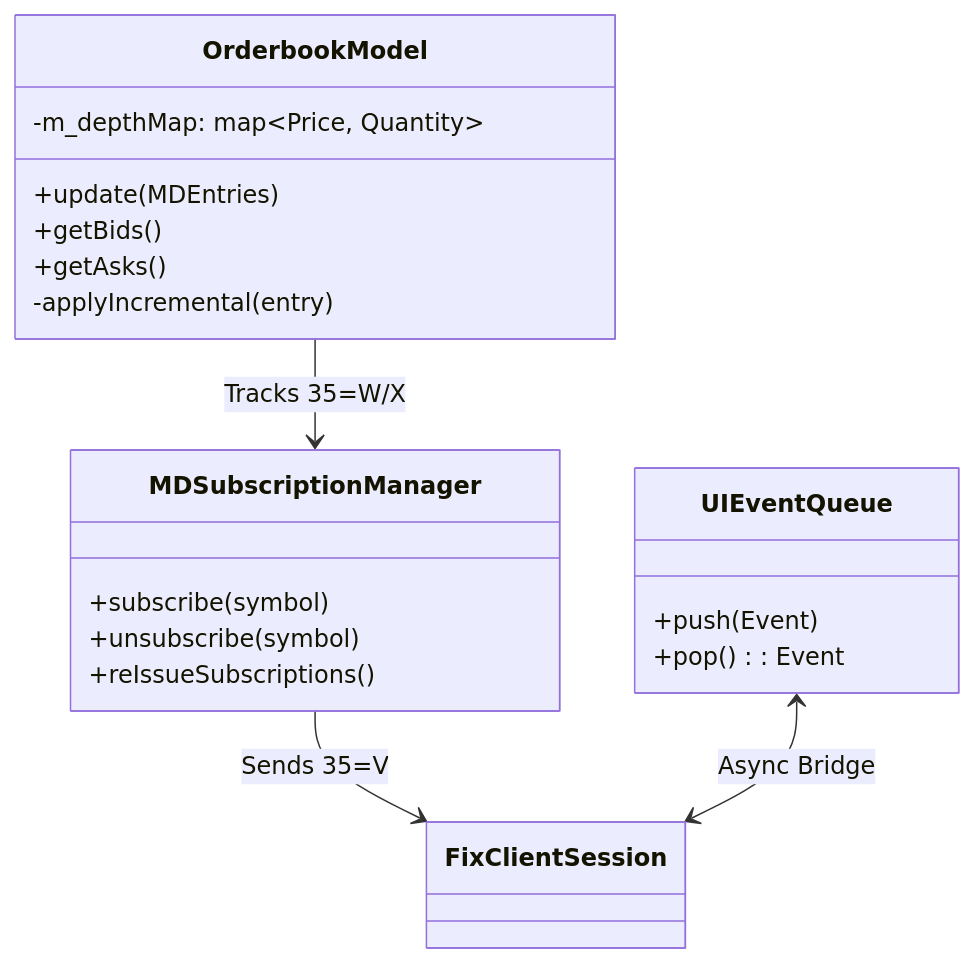
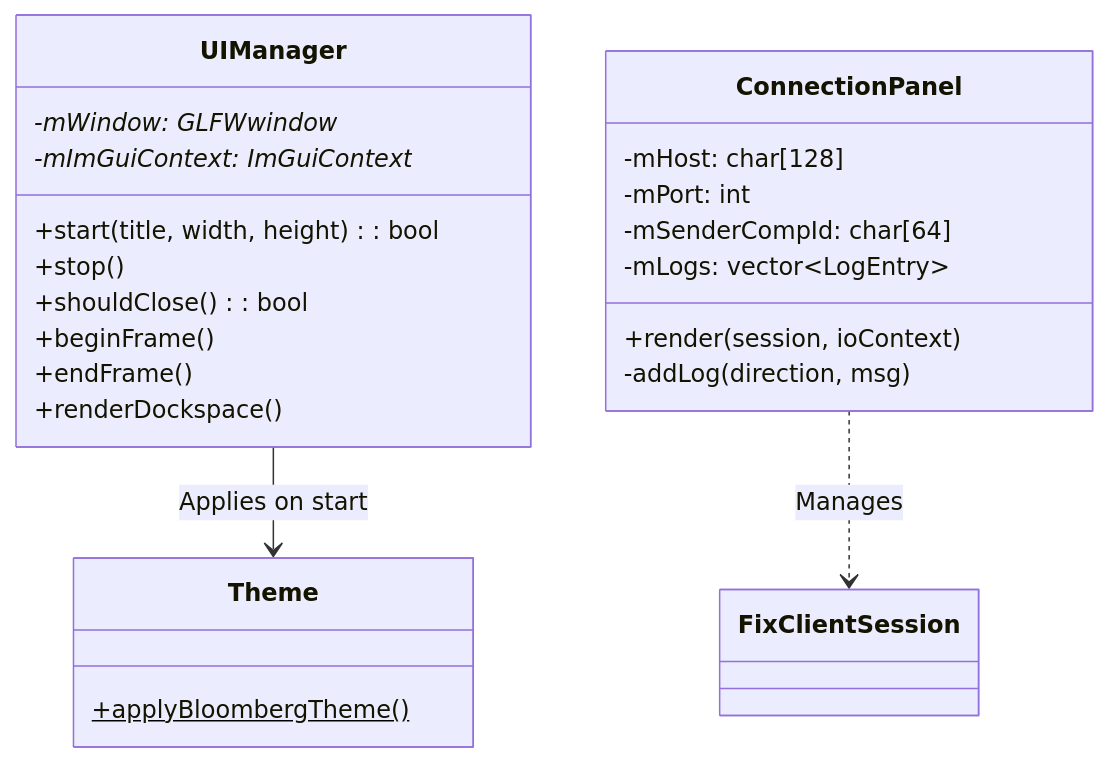
One commit to SujalChoudhari/BetaTrader changed the diagram in client/client_ui/README.md. Above: the diagram before and after it, drawn with Mermaid. The commit also changed other lines of this file and 6 other files, not shown here.

Commit message:
docs: update system documentation and architecture diagrams to reflect recent module refactoring

````diff
--- a/client/client_ui/README.md
+++ b/client/client_ui/README.md
@@ -7,26 +7,30 @@
 ```mermaid
 classDiagram
     classDef ui fill:#2b303a,stroke:#4caf50,stroke-width:2px,color:white;
     classDef net fill:#1f2833,stroke:#66fcf1,stroke-width:2px,color:white;
     classDef logic fill:#0b0c10,stroke:#c5c6c7,stroke-width:2px,color:white;
 
-    class OrderbookModel:::logic {
-        +update(MDEntries)
-        +getBids()
-        +getAsks()
-        -applyIncremental(entry)
-        -m_depthMap: map~Price, Quantity~
+    class UIManager:::ui {
+        +start(title, width, height) : bool
+        +stop()
+        +shouldClose() : bool
+        +beginFrame()
+        +endFrame()
+        +renderDockspace()
+        -mWindow: GLFWwindow*
+        -mImGuiContext: ImGuiContext*
     }
-    class MDSubscriptionManager:::logic {
-        +subscribe(symbol)
-        +unsubscribe(symbol)
-        +reIssueSubscriptions()
+    class Theme:::ui {
+        +applyBloombergTheme()$
     }
-    class UIEventQueue:::logic {
-        +push(Event)
-        +pop(): Event
+    class ConnectionPanel:::ui {
+        +render(session, ioContext)
+        -mHost: char[128]
+        -mPort: int
+        -mSenderCompId: char[64]
+        -mLogs: vector~LogEntry~
+        -addLog(direction, msg)
     }
-    OrderbookModel --> MDSubscriptionManager : Tracks 35=W/X
-    MDSubscriptionManager --> FixClientSession : Sends 35=V
-    UIEventQueue <--> FixClientSession : Async Bridge
+    UIManager --> Theme : Applies on start
+    ConnectionPanel ..> FixClientSession : Manages
 ```
````
